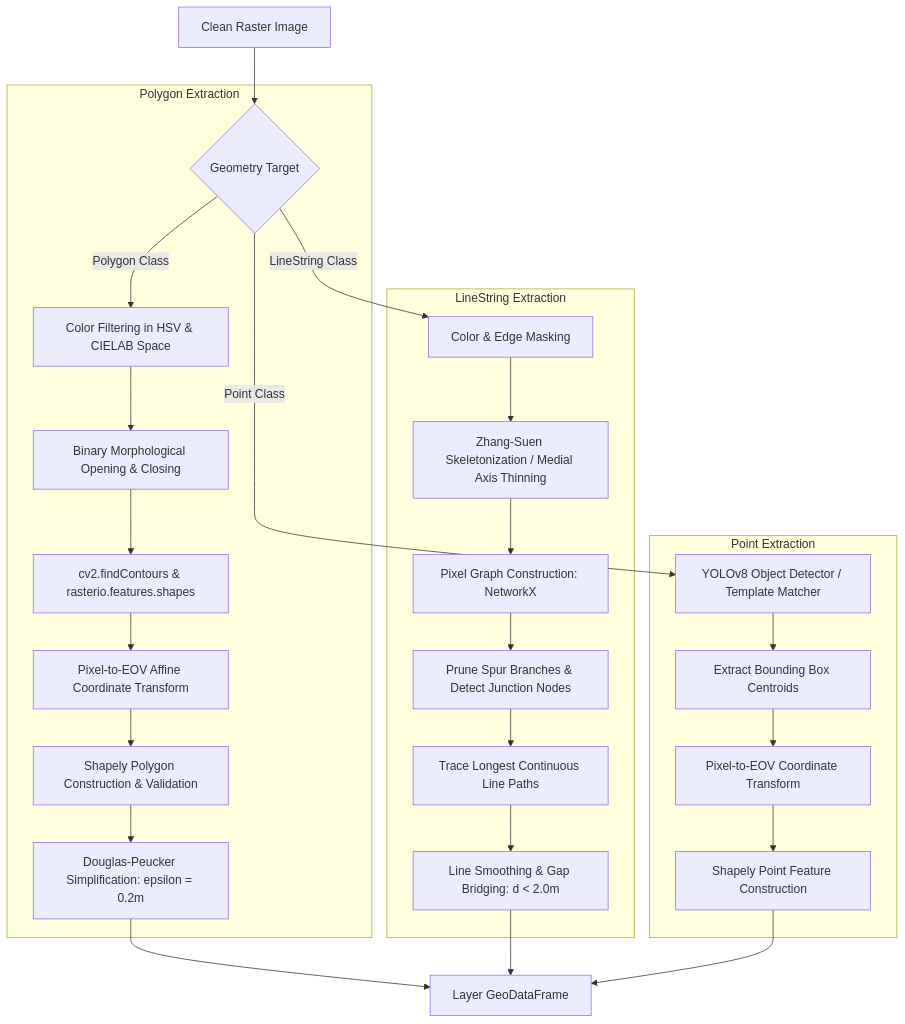
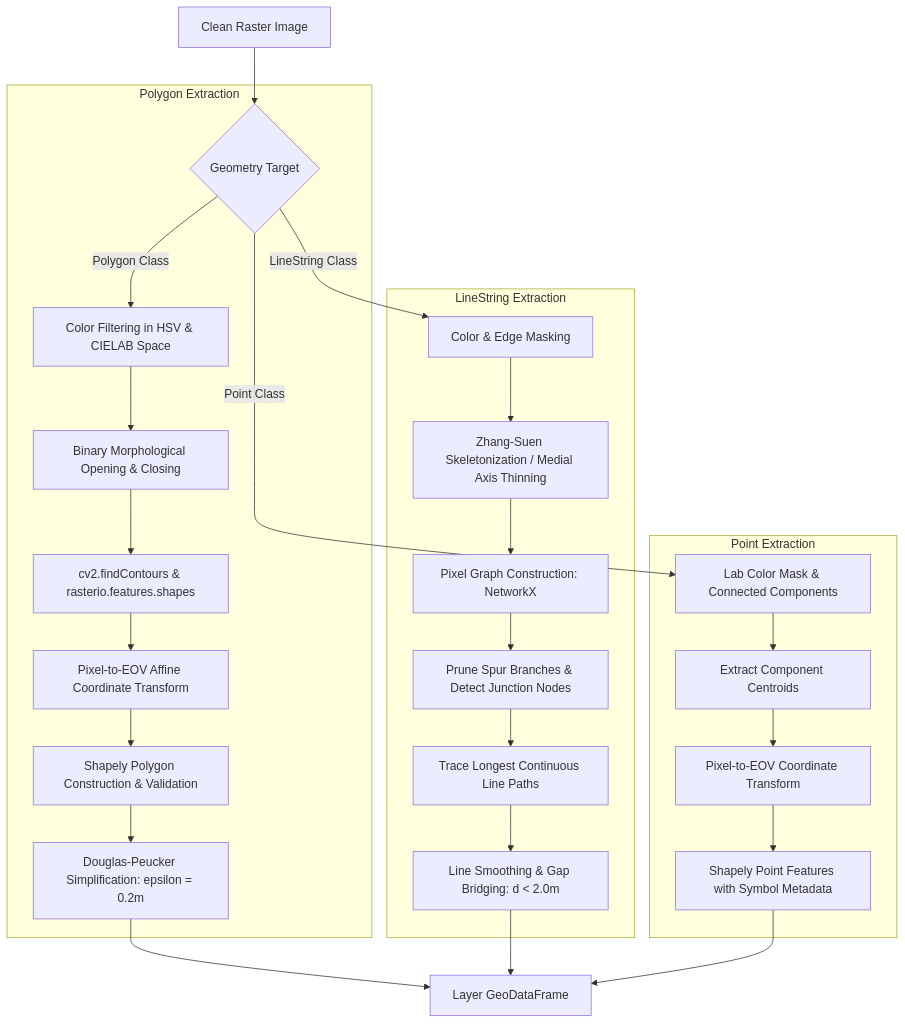
One commit to peterciprian/VectorAI changed the seventh of 11 diagrams in architecture.md. Above: the diagram before and after it, drawn with Mermaid. The commit also changed 6 other files, not shown here.

Commit message:
feat(vectorizer): add point symbol centroid extraction

````diff
--- a/architecture.md
+++ b/architecture.md
@@ -267,33 +267,33 @@
 ```mermaid
 flowchart TD
     A[Clean Raster Image] --> B{Geometry Target}
     
     subgraph PolygonPipeline ["Polygon Extraction"]
         B -- Polygon Class --> P1[Color Filtering in HSV & CIELAB Space]
         P1 --> P2[Binary Morphological Opening & Closing]
         P2 --> P3[cv2.findContours & rasterio.features.shapes]
         P3 --> P4[Pixel-to-EOV Affine Coordinate Transform]
         P4 --> P5[Shapely Polygon Construction & Validation]
         P5 --> P6[Douglas-Peucker Simplification: epsilon = 0.2m]
     end
 
     subgraph LinePipeline ["LineString Extraction"]
         B -- LineString Class --> L1[Color & Edge Masking]
         L1 --> L2[Zhang-Suen Skeletonization / Medial Axis Thinning]
         L2 --> L3[Pixel Graph Construction: NetworkX]
         L3 --> L4[Prune Spur Branches & Detect Junction Nodes]
         L4 --> L5[Trace Longest Continuous Line Paths]
         L5 --> L6[Line Smoothing & Gap Bridging: d < 2.0m]
     end
 
     subgraph PointPipeline ["Point Extraction"]
-        B -- Point Class --> T1[YOLOv8 Object Detector / Template Matcher]
-        T1 --> T2[Extract Bounding Box Centroids]
+      B -- Point Class --> T1[Lab Color Mask & Connected Components]
+      T1 --> T2[Extract Component Centroids]
         T2 --> T3[Pixel-to-EOV Coordinate Transform]
-        T3 --> T4[Shapely Point Feature Construction]
+      T3 --> T4[Shapely Point Features with Symbol Metadata]
     end
 
     P6 --> Out[Layer GeoDataFrame]
     L6 --> Out
     T4 --> Out
 ```
````
